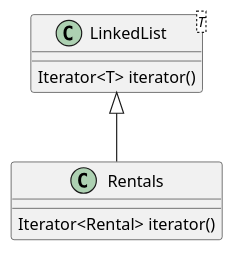
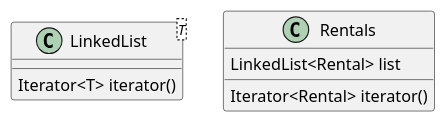
Before and after one commit to rony76/martin-fowler-example: the diagram in src/main/resources/Rentals.puml, drawn with PlantUML. The commit also changed 1 other file, not shown here.

```diff
--- a/src/main/resources/Rentals.puml
+++ b/src/main/resources/Rentals.puml
@@ -1,12 +1,14 @@
 @startuml
 
 
 class LinkedList<T> {
     Iterator<T> iterator()
 }
 
-class Rentals extends LinkedList {
+class Rentals {
+    LinkedList<Rental> list
+
     Iterator<Rental> iterator()
 }
 
 @enduml
```
